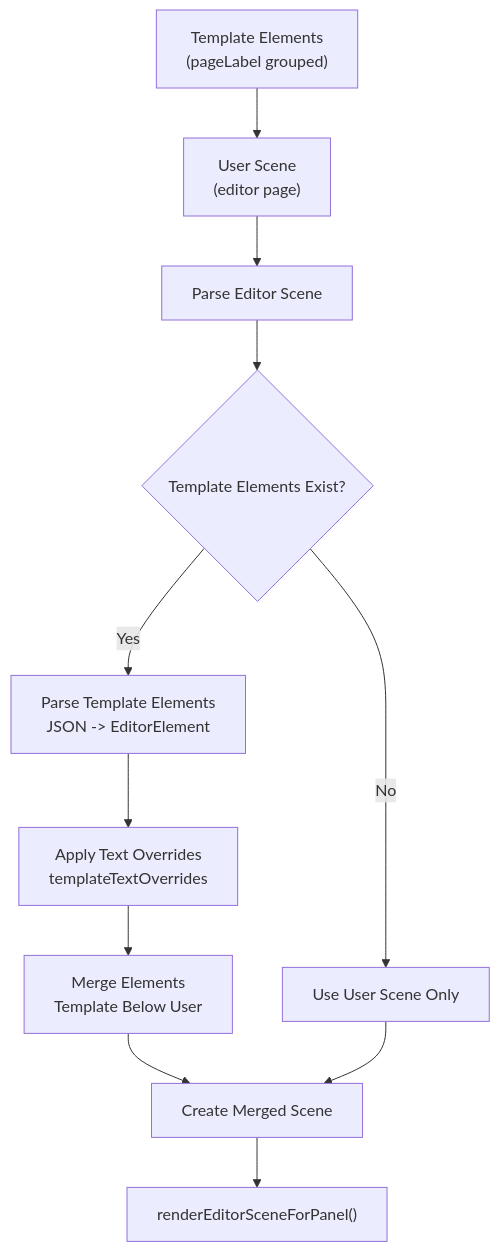
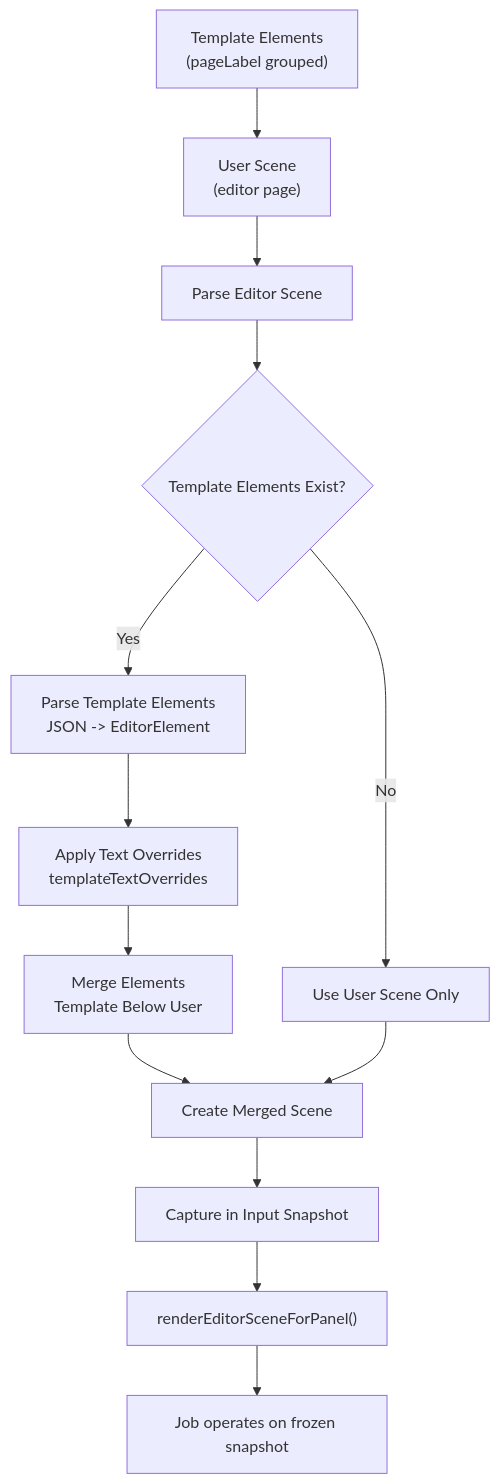
Before and after one commit to Crowdspender/titchybooks-app: the fourth of 8 diagrams in .qoder/repowiki/en/content/PDF Generation Engine/PDF Generation Engine.md, drawn with Mermaid. The commit also changed other lines of this file and 23 other files, not shown here.

Commit message:
fix: address CodeRabbit review findings (docs accuracy, error UI, editor history, render snapshot)

````diff
--- a/.qoder/repowiki/en/content/PDF Generation Engine/PDF Generation Engine.md
+++ b/.qoder/repowiki/en/content/PDF Generation Engine/PDF Generation Engine.md
@@ -244,13 +290,15 @@
 ```mermaid
 flowchart TD
 A["Template Elements<br/>(pageLabel grouped)"] --> B["User Scene<br/>(editor page)"]
 B --> C["Parse Editor Scene"]
 C --> D{"Template Elements Exist?"}
 D --> |Yes| E["Parse Template Elements<br/>JSON -> EditorElement"]
 E --> F["Apply Text Overrides<br/>templateTextOverrides"]
 F --> G["Merge Elements<br/>Template Below User"]
 D --> |No| H["Use User Scene Only"]
 G --> I["Create Merged Scene"]
 H --> I
-I --> J["renderEditorSceneForPanel()"]
+I --> J["Capture in Input Snapshot"]
+J --> K["renderEditorSceneForPanel()"]
+K --> L["Job operates on frozen snapshot"]
 ```
````
